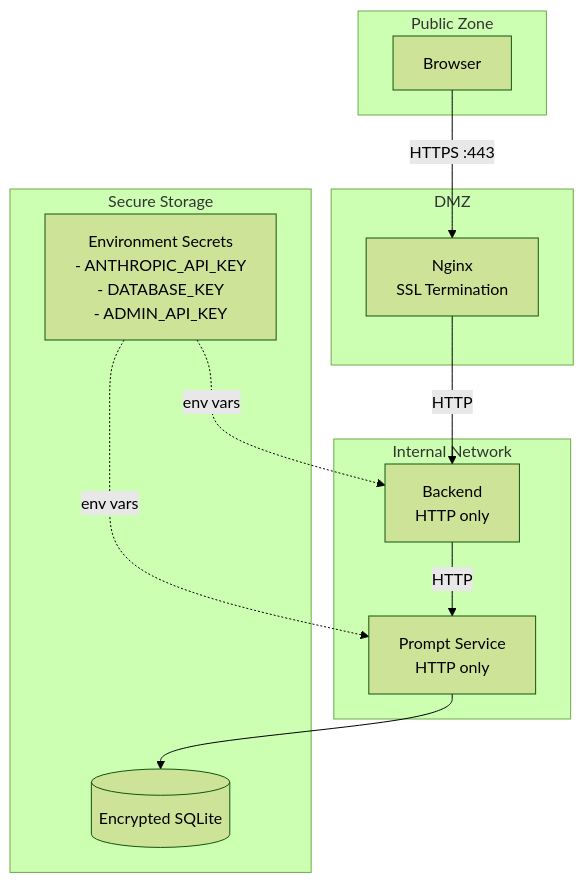
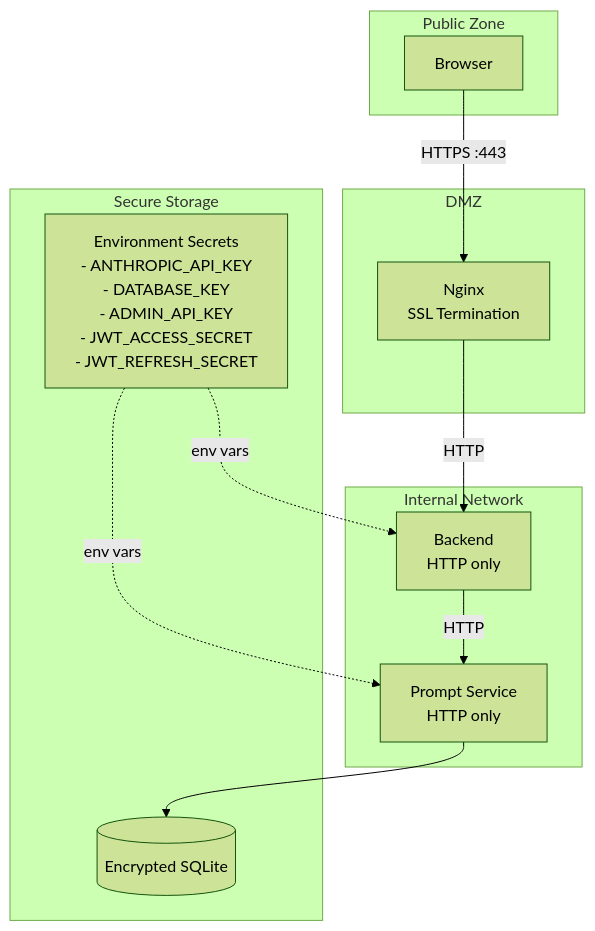
The sixth of 7 diagrams in docs/architecture.md (Oxilith/Votive), drawn with Mermaid (forest theme) before and after one commit. The commit also changed other lines of this file and 106 other files, not shown here.

````diff
--- a/docs/architecture.md
+++ b/docs/architecture.md
@@ -297,28 +297,28 @@
 ```mermaid
 flowchart TB
     subgraph PublicZone["Public Zone"]
         Browser["Browser"]
     end
 
     subgraph DMZ["DMZ"]
         Nginx["Nginx<br/>SSL Termination"]
     end
 
     subgraph InternalZone["Internal Network"]
         Backend["Backend<br/>HTTP only"]
         PromptService["Prompt Service<br/>HTTP only"]
     end
 
     subgraph SecureStorage["Secure Storage"]
         DB[("Encrypted SQLite")]
-        Secrets["Environment Secrets<br/>- ANTHROPIC_API_KEY<br/>- DATABASE_KEY<br/>- ADMIN_API_KEY"]
+        Secrets["Environment Secrets<br/>- ANTHROPIC_API_KEY<br/>- DATABASE_KEY<br/>- ADMIN_API_KEY<br/>- JWT_ACCESS_SECRET<br/>- JWT_REFRESH_SECRET"]
     end
 
     Browser -->|"HTTPS :443"| Nginx
     Nginx -->|"HTTP"| Backend
     Backend -->|"HTTP"| PromptService
     PromptService --> DB
 
     Secrets -.->|"env vars"| Backend
     Secrets -.->|"env vars"| PromptService
 ```
````
